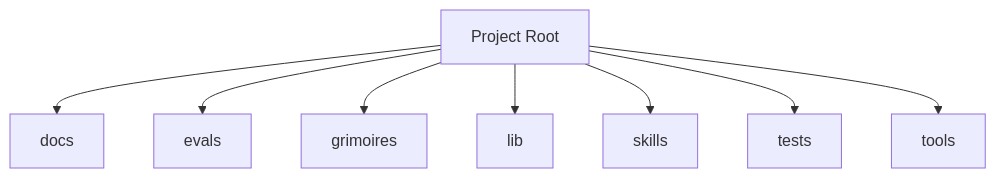
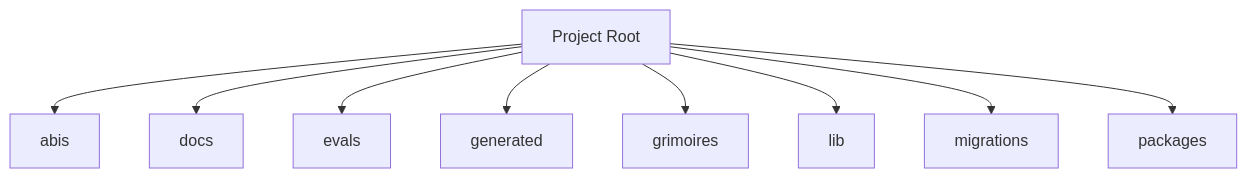
Before and after one commit to 0xHoneyJar/sonar-api: the diagram in BUTTERFREEZONE.md, drawn with Mermaid. The commit also changed other lines of this file and 6 other files, not shown here.

````diff
--- a/BUTTERFREEZONE.md
+++ b/BUTTERFREEZONE.md
@@ -66,18 +54,20 @@
 ```mermaid
 graph TD
+    abis[abis]
     docs[docs]
     evals[evals]
+    generated[generated]
     grimoires[grimoires]
     lib[lib]
-    skills[skills]
-    tests[tests]
-    tools[tools]
+    migrations[migrations]
+    packages[packages]
     Root[Project Root]
+    Root --> abis
     Root --> docs
     Root --> evals
+    Root --> generated
     Root --> grimoires
     Root --> lib
-    Root --> skills
-    Root --> tests
-    Root --> tools
+    Root --> migrations
+    Root --> packages
 ```
````
